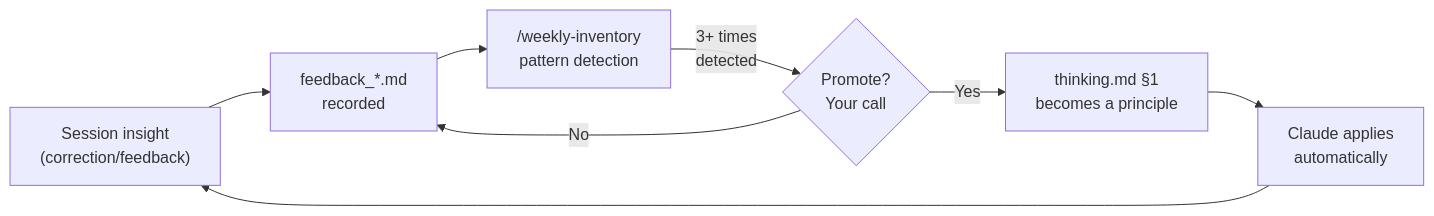
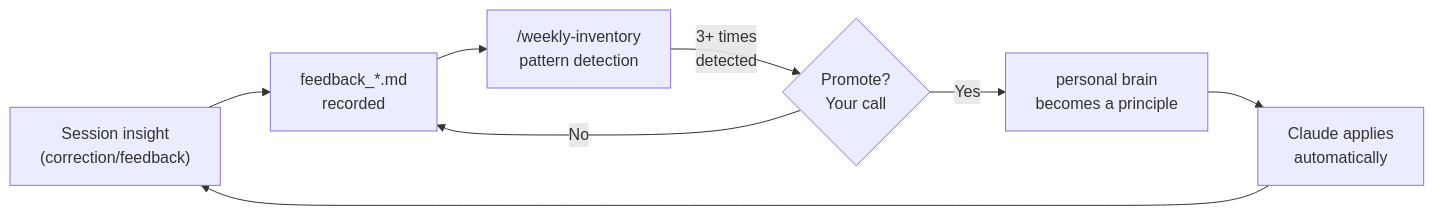
The second of 5 diagrams in README.md (SideMountain/claude-code-sidekick), drawn with Mermaid before and after one commit. The commit also changed other lines of this file and 1 other file, not shown here.

````diff
--- a/README.md
+++ b/README.md
@@ -205,10 +178,10 @@
 ```mermaid
 flowchart LR
     S["Session insight<br/>(correction/feedback)"] --> F["feedback_*.md<br/>recorded"]
     F --> P["/weekly-inventory<br/>pattern detection"]
     P -->|"3+ times<br/>detected"| C{"Promote?<br/>Your call"}
-    C -->|"Yes"| T["thinking.md §1<br/>becomes a principle"]
+    C -->|"Yes"| T["personal brain<br/>becomes a principle"]
     C -->|"No"| F
     T --> A["Claude applies<br/>automatically"]
     A --> S
 ```
````
